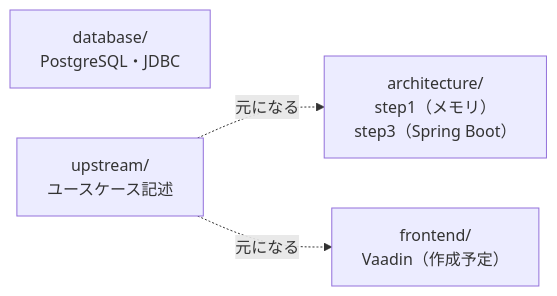
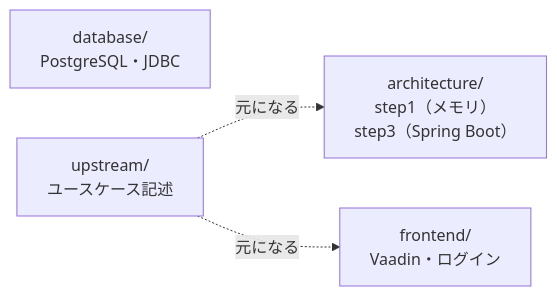
Before and after one commit to YTS0418/PRMN_SYSTEM_Sample: the diagram in README.md, drawn with Mermaid. The commit also changed other lines of this file and 47 other files, not shown here.

First line of the commit message:
feat(frontend): Vaadin 25 の成績管理アプリ（ログイン・ロール・権限のテスト付き）を追加

````diff
--- a/README.md
+++ b/README.md
@@ -21,9 +21,9 @@
 ```mermaid
 flowchart LR
     db["database/<br>PostgreSQL・JDBC"]
     arch["architecture/<br>step1（メモリ）<br>step3（Spring Boot）"]
     up["upstream/<br>ユースケース記述"]
-    fe["frontend/<br>Vaadin（作成予定）"]
+    fe["frontend/<br>Vaadin・ログイン"]
     up -.->|"元になる"| arch
     up -.->|"元になる"| fe
 ```
````
